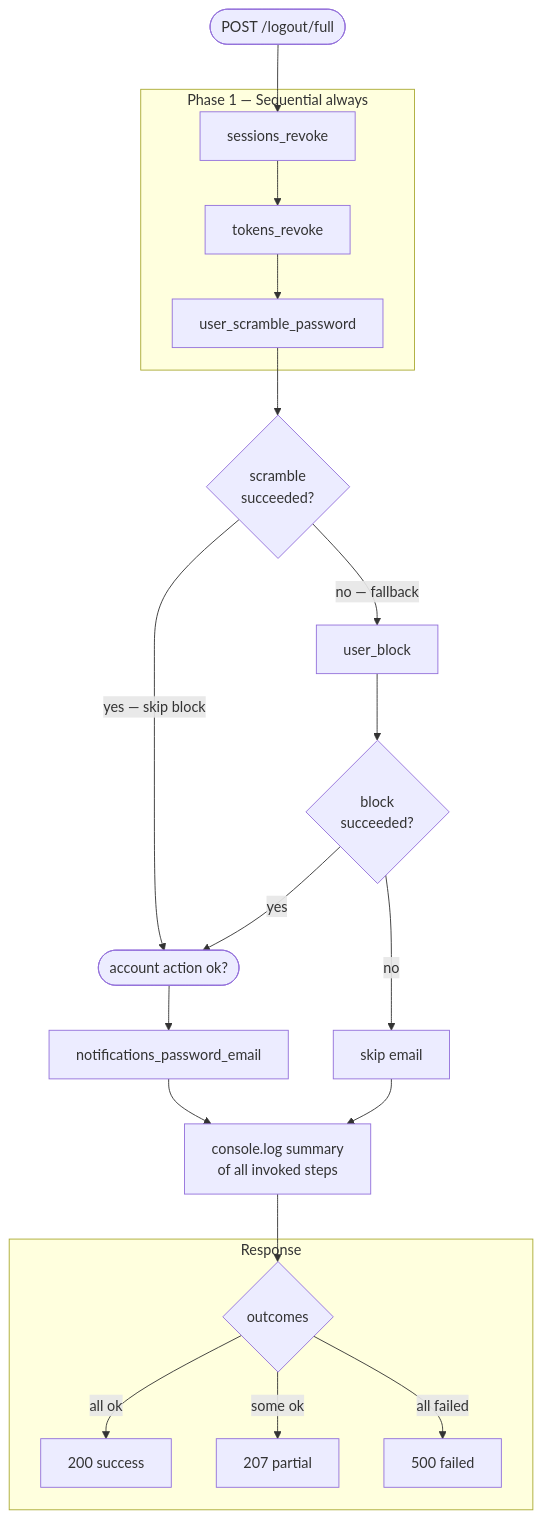
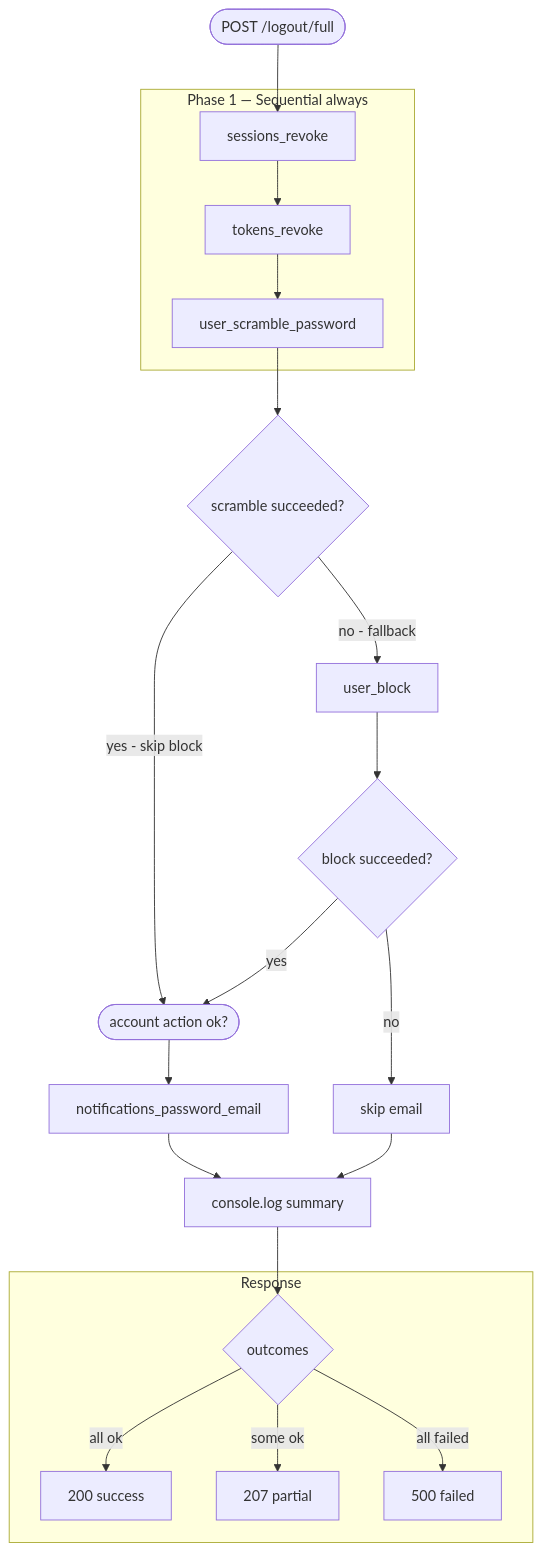
One commit to saimanda/cia-user-management changed the second of 3 diagrams in README.md. Above: the diagram before and after it, drawn with Mermaid. The commit also changed other lines of this file, not shown here.

Commit message:
Fix Mermaid parse errors in README by removing unsupported \n in node and edge labels

````diff
--- a/README.md
+++ b/README.md
@@ -124,31 +124,31 @@
 ```mermaid
 flowchart TD
     START([POST /logout/full]) --> S1
 
     subgraph Phase1["Phase 1 — Sequential always"]
         S1[sessions_revoke] --> S2[tokens_revoke] --> S3[user_scramble_password]
     end
 
-    S3 --> SCRAMBLE_OK{scramble\nsucceeded?}
+    S3 --> SCRAMBLE_OK{scramble succeeded?}
 
-    SCRAMBLE_OK -->|yes — skip block| EMAIL_GATE
-    SCRAMBLE_OK -->|no — fallback| S4[user_block]
+    SCRAMBLE_OK -->|yes - skip block| EMAIL_GATE
+    SCRAMBLE_OK -->|no - fallback| S4[user_block]
 
-    S4 --> BLOCK_OK{block\nsucceeded?}
+    S4 --> BLOCK_OK{block succeeded?}
     BLOCK_OK -->|yes| EMAIL_GATE
     BLOCK_OK -->|no| SKIP_EMAIL[skip email]
 
     EMAIL_GATE([account action ok?]) --> S5[notifications_password_email]
 
     S5 --> LOG
     SKIP_EMAIL --> LOG
 
-    LOG[console.log summary\nof all invoked steps] --> RESPONSE
+    LOG[console.log summary] --> RESPONSE
 
     subgraph Response
         RESPONSE{outcomes}
         RESPONSE -->|all ok| R200[200 success]
         RESPONSE -->|some ok| R207[207 partial]
         RESPONSE -->|all failed| R500[500 failed]
     end
 ```
````
